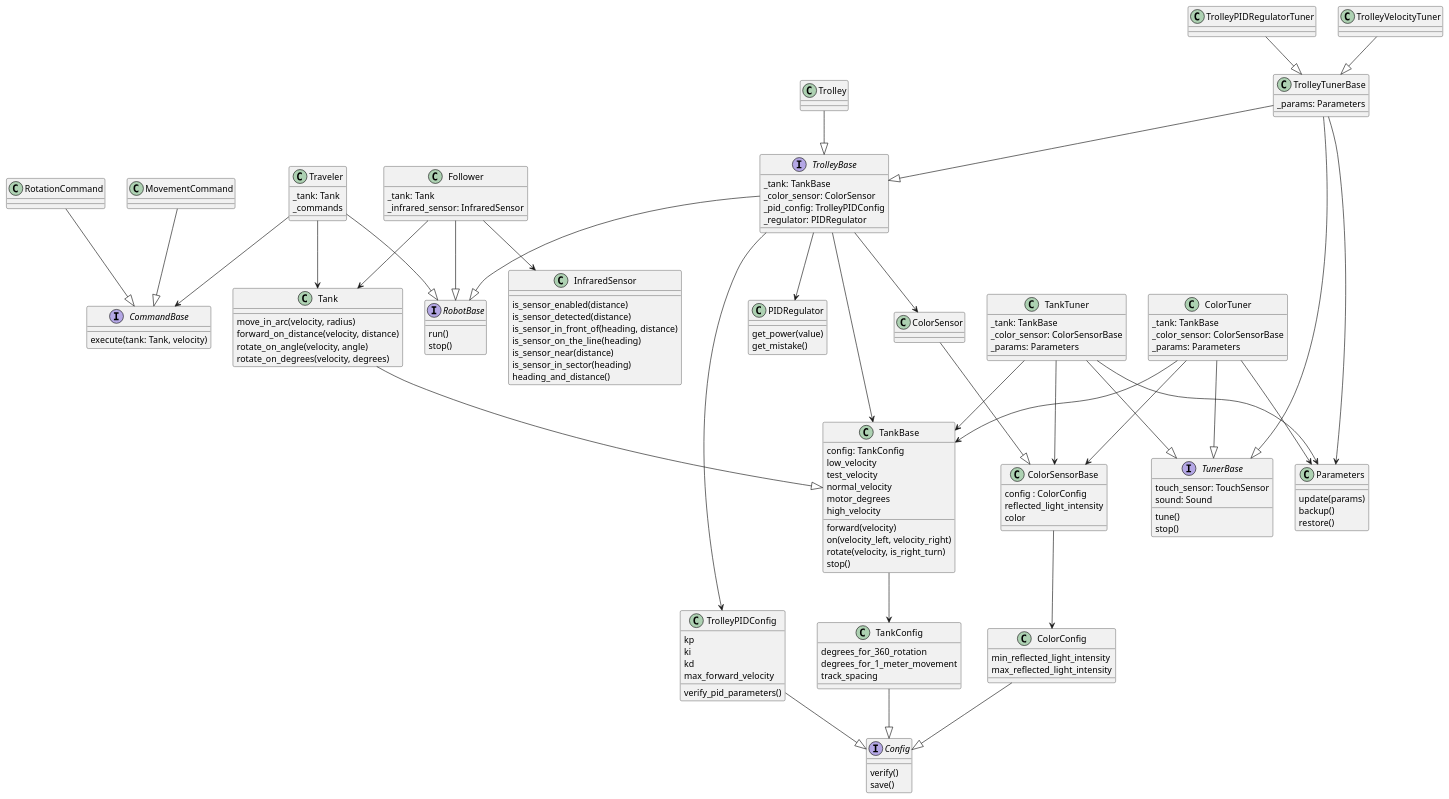
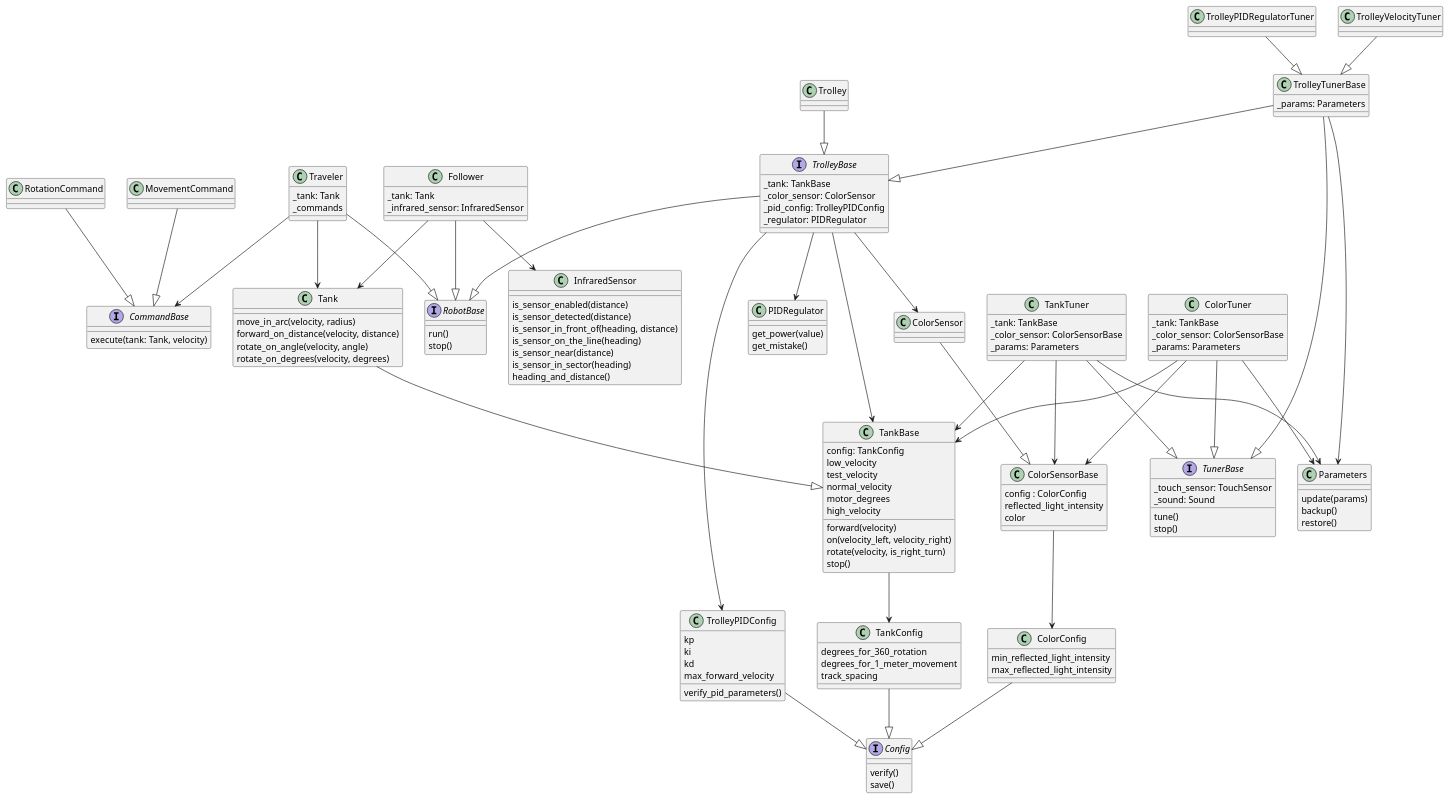
The diagram in diagrams/class_diagram.puml (sirejik/eva), drawn with PlantUML before and after one commit.

Commit message:
Fix naming on the class diagram

```diff
--- a/diagrams/class_diagram.puml
+++ b/diagrams/class_diagram.puml
@@ -1,176 +1,176 @@
 @startuml
 
 interface CommandBase {
     execute(tank: Tank, velocity)
 }
 
 class MovementCommand {
 }
 MovementCommand --|> CommandBase
 
 class RotationCommand {
 }
 RotationCommand --|> CommandBase
 
 interface Config {
     verify()
     save()
 }
 
 class TankConfig {
     degrees_for_360_rotation
     degrees_for_1_meter_movement
     track_spacing
 }
 TankConfig --|> Config
 
 class ColorConfig {
     min_reflected_light_intensity
     max_reflected_light_intensity
 }
 ColorConfig --|> Config
 
 class TrolleyPIDConfig {
     kp
     ki
     kd
     max_forward_velocity
     verify_pid_parameters()
 }
 TrolleyPIDConfig --|> Config
 
 class Parameters {
     update(params)
     backup()
     restore()
 }
 
 class PIDRegulator {
     get_power(value)
     get_mistake()
 }
 
 class ColorSensorBase {
     config : ColorConfig
     reflected_light_intensity
     color
 }
 ColorSensorBase --> ColorConfig
 
 class ColorSensor {
 }
 ColorSensor --|> ColorSensorBase
 
 class InfraredSensor {
     is_sensor_enabled(distance)
     is_sensor_detected(distance)
     is_sensor_in_front_of(heading, distance)
     is_sensor_on_the_line(heading)
     is_sensor_near(distance)
     is_sensor_in_sector(heading)
     heading_and_distance()
 }
 
 class TankBase {
     config: TankConfig
     low_velocity
     test_velocity
     normal_velocity
     motor_degrees
     high_velocity
     forward(velocity)
     on(velocity_left, velocity_right)
     rotate(velocity, is_right_turn)
     stop()
 
 }
 TankBase --> TankConfig
 
 class Tank {
     move_in_arc(velocity, radius)
     forward_on_distance(velocity, distance)
     rotate_on_angle(velocity, angle)
     rotate_on_degrees(velocity, degrees)
 }
 Tank --|> TankBase
 
 interface RobotBase {
     run()
     stop()
 }
 
 interface TrolleyBase {
     _tank: TankBase
     _color_sensor: ColorSensor
     _pid_config: TrolleyPIDConfig
     _regulator: PIDRegulator
 }
 TrolleyBase --|> RobotBase
 TrolleyBase --> TankBase
 TrolleyBase --> ColorSensor
 TrolleyBase --> TrolleyPIDConfig
 TrolleyBase --> PIDRegulator
 
 class Follower {
     _tank: Tank
     _infrared_sensor: InfraredSensor
 }
 Follower --|> RobotBase
 Follower --> Tank
 Follower --> InfraredSensor
 
 class Traveler {
     _tank: Tank
     _commands
 }
 Traveler --|> RobotBase
 Traveler --> Tank
 Traveler --> CommandBase
 
 class Trolley {
 }
 Trolley --|> TrolleyBase
 
 interface TunerBase {
-    touch_sensor: TouchSensor
-    sound: Sound
+    _touch_sensor: TouchSensor
+    _sound: Sound
     tune()
     stop()
 }
 
 class ColorTuner {
     _tank: TankBase
     _color_sensor: ColorSensorBase
     _params: Parameters
 }
 ColorTuner --|> TunerBase
 ColorTuner --> TankBase
 ColorTuner --> ColorSensorBase
 ColorTuner --> Parameters
 
 class TankTuner {
     _tank: TankBase
     _color_sensor: ColorSensorBase
     _params: Parameters
 }
 TankTuner --|> TunerBase
 TankTuner --> TankBase
 TankTuner --> ColorSensorBase
 TankTuner --> Parameters
 
 class TrolleyTunerBase {
     _params: Parameters
 }
 TrolleyTunerBase --|> TrolleyBase
 TrolleyTunerBase --|> TunerBase
 TrolleyTunerBase --> Parameters
 
 class TrolleyPIDRegulatorTuner {
 }
 TrolleyPIDRegulatorTuner --|> TrolleyTunerBase
 
 class TrolleyVelocityTuner {
 }
 TrolleyVelocityTuner --|> TrolleyTunerBase
 
 @enduml
```
